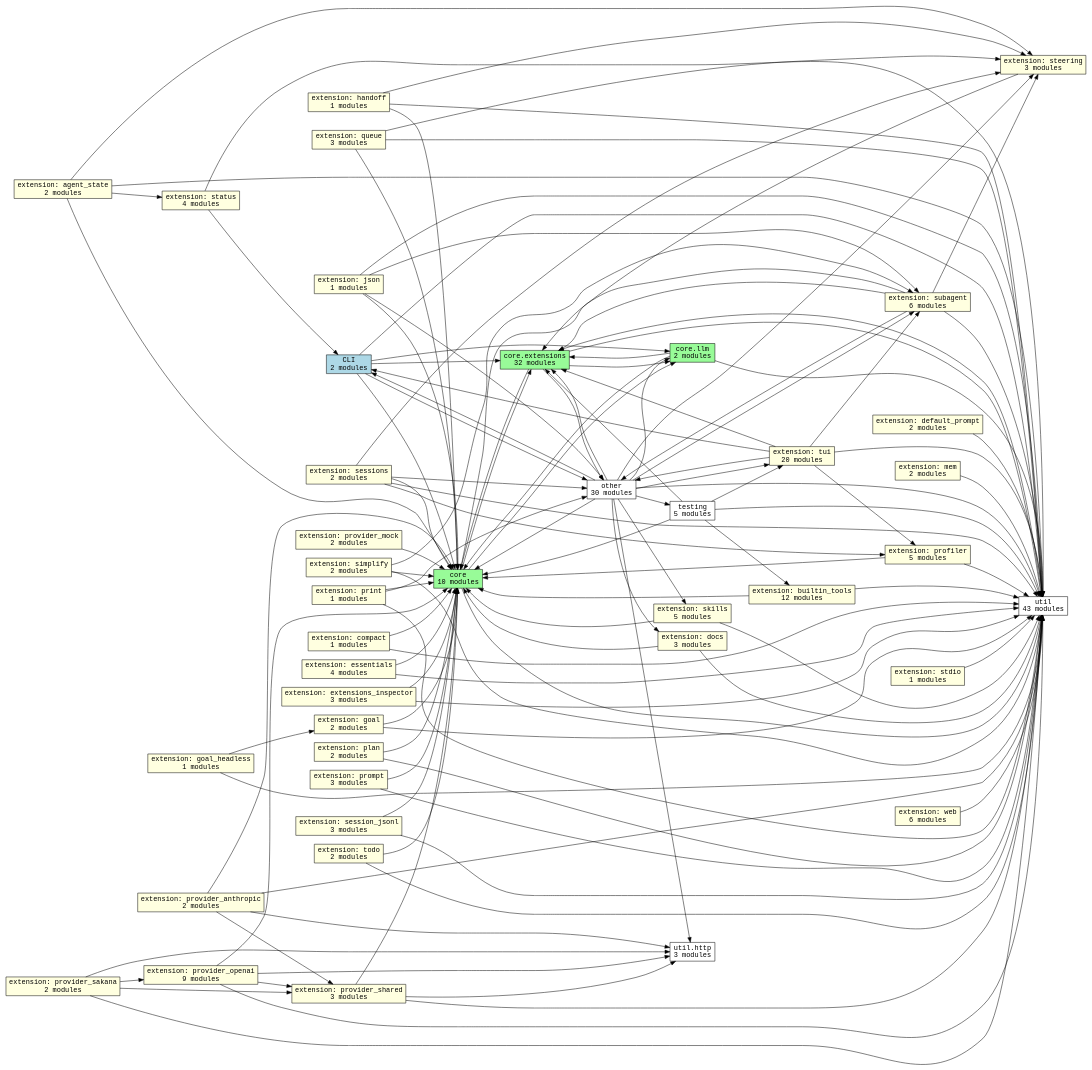
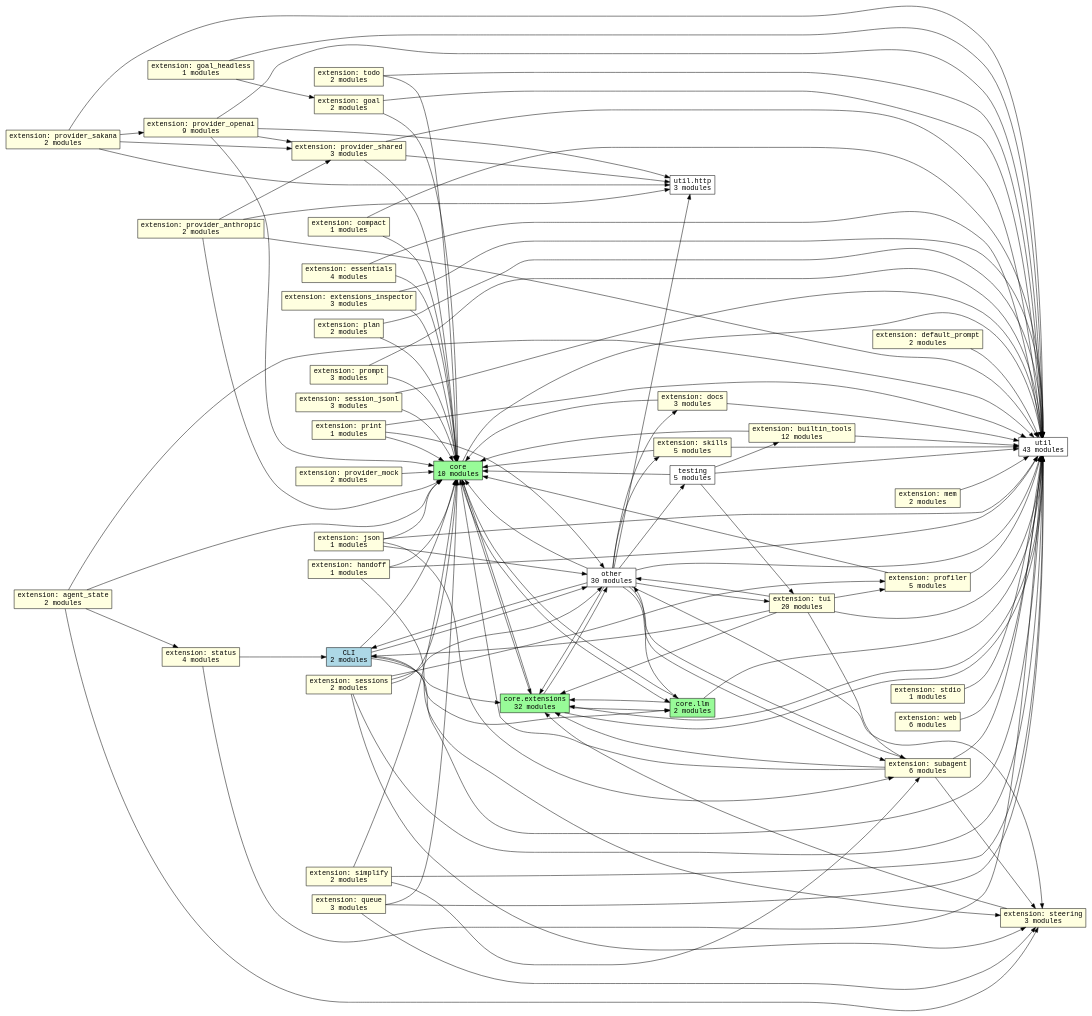
One commit to acmiyaguchi/fen changed the diagram in docs/graphs/subsystems.dot. Above: the diagram before and after it, drawn with Graphviz. The commit also changed 14 other files, not shown here.

First line of the commit message:
test: remove fen.testing.tools extensions mini-facade

```diff
--- a/docs/graphs/subsystems.dot
+++ b/docs/graphs/subsystems.dot
@@ -1,164 +1,163 @@
 digraph fen_subsystems {
   graph [rankdir=LR];
   node [shape=box, fontname="monospace"];
   edge [fontname="monospace"];
   "cli" [fillcolor="lightblue", label="CLI\n2 modules", style="filled"];
   "core" [fillcolor="palegreen", label="core\n10 modules", style="filled"];
   "core.extensions" [fillcolor="palegreen", label="core.extensions\n32 modules", style="filled"];
   "core.llm" [fillcolor="palegreen", label="core.llm\n2 modules", style="filled"];
   "extension.agent_state" [fillcolor="lightyellow", label="extension: agent_state\n2 modules", style="filled"];
   "extension.builtin_tools" [fillcolor="lightyellow", label="extension: builtin_tools\n12 modules", style="filled"];
   "extension.compact" [fillcolor="lightyellow", label="extension: compact\n1 modules", style="filled"];
   "extension.default_prompt" [fillcolor="lightyellow", label="extension: default_prompt\n2 modules", style="filled"];
   "extension.docs" [fillcolor="lightyellow", label="extension: docs\n3 modules", style="filled"];
   "extension.essentials" [fillcolor="lightyellow", label="extension: essentials\n4 modules", style="filled"];
   "extension.extensions_inspector" [fillcolor="lightyellow", label="extension: extensions_inspector\n3 modules", style="filled"];
   "extension.goal" [fillcolor="lightyellow", label="extension: goal\n2 modules", style="filled"];
   "extension.goal_headless" [fillcolor="lightyellow", label="extension: goal_headless\n1 modules", style="filled"];
   "extension.handoff" [fillcolor="lightyellow", label="extension: handoff\n1 modules", style="filled"];
   "extension.json" [fillcolor="lightyellow", label="extension: json\n1 modules", style="filled"];
   "extension.mem" [fillcolor="lightyellow", label="extension: mem\n2 modules", style="filled"];
   "extension.plan" [fillcolor="lightyellow", label="extension: plan\n2 modules", style="filled"];
   "extension.print" [fillcolor="lightyellow", label="extension: print\n1 modules", style="filled"];
   "extension.profiler" [fillcolor="lightyellow", label="extension: profiler\n5 modules", style="filled"];
   "extension.prompt" [fillcolor="lightyellow", label="extension: prompt\n3 modules", style="filled"];
   "extension.provider_anthropic" [fillcolor="lightyellow", label="extension: provider_anthropic\n2 modules", style="filled"];
   "extension.provider_mock" [fillcolor="lightyellow", label="extension: provider_mock\n2 modules", style="filled"];
   "extension.provider_openai" [fillcolor="lightyellow", label="extension: provider_openai\n9 modules", style="filled"];
   "extension.provider_sakana" [fillcolor="lightyellow", label="extension: provider_sakana\n2 modules", style="filled"];
   "extension.provider_shared" [fillcolor="lightyellow", label="extension: provider_shared\n3 modules", style="filled"];
   "extension.queue" [fillcolor="lightyellow", label="extension: queue\n3 modules", style="filled"];
   "extension.session_jsonl" [fillcolor="lightyellow", label="extension: session_jsonl\n3 modules", style="filled"];
   "extension.sessions" [fillcolor="lightyellow", label="extension: sessions\n2 modules", style="filled"];
   "extension.simplify" [fillcolor="lightyellow", label="extension: simplify\n2 modules", style="filled"];
   "extension.skills" [fillcolor="lightyellow", label="extension: skills\n5 modules", style="filled"];
   "extension.status" [fillcolor="lightyellow", label="extension: status\n4 modules", style="filled"];
   "extension.stdio" [fillcolor="lightyellow", label="extension: stdio\n1 modules", style="filled"];
   "extension.steering" [fillcolor="lightyellow", label="extension: steering\n3 modules", style="filled"];
   "extension.subagent" [fillcolor="lightyellow", label="extension: subagent\n6 modules", style="filled"];
   "extension.todo" [fillcolor="lightyellow", label="extension: todo\n2 modules", style="filled"];
   "extension.tui" [fillcolor="lightyellow", label="extension: tui\n20 modules", style="filled"];
   "extension.web" [fillcolor="lightyellow", label="extension: web\n6 modules", style="filled"];
   "other" [fillcolor="white", label="other\n30 modules", style="filled"];
   "testing" [fillcolor="white", label="testing\n5 modules", style="filled"];
   "util" [fillcolor="white", label="util\n43 modules", style="filled"];
   "util.http" [fillcolor="white", label="util.http\n3 modules", style="filled"];
   "cli" -> "core";
   "cli" -> "core.extensions";
   "cli" -> "core.llm";
   "cli" -> "other";
   "cli" -> "util";
   "core" -> "core.extensions";
   "core" -> "core.llm";
   "core" -> "util";
   "core.extensions" -> "core";
   "core.extensions" -> "core.llm";
   "core.extensions" -> "other";
   "core.extensions" -> "util";
   "core.llm" -> "core";
   "core.llm" -> "core.extensions";
   "core.llm" -> "util";
   "extension.agent_state" -> "core";
   "extension.agent_state" -> "extension.status";
   "extension.agent_state" -> "extension.steering";
   "extension.agent_state" -> "util";
   "extension.builtin_tools" -> "core";
   "extension.builtin_tools" -> "util";
   "extension.compact" -> "core";
   "extension.compact" -> "util";
   "extension.default_prompt" -> "util";
   "extension.docs" -> "core";
   "extension.docs" -> "util";
   "extension.essentials" -> "core";
   "extension.essentials" -> "util";
   "extension.extensions_inspector" -> "core";
   "extension.extensions_inspector" -> "util";
   "extension.goal" -> "core";
   "extension.goal" -> "util";
   "extension.goal_headless" -> "extension.goal";
   "extension.goal_headless" -> "util";
   "extension.handoff" -> "core";
   "extension.handoff" -> "extension.steering";
   "extension.handoff" -> "util";
   "extension.json" -> "core";
   "extension.json" -> "extension.subagent";
   "extension.json" -> "other";
   "extension.json" -> "util";
   "extension.mem" -> "util";
   "extension.plan" -> "core";
   "extension.plan" -> "util";
   "extension.print" -> "core";
   "extension.print" -> "other";
   "extension.print" -> "util";
   "extension.profiler" -> "core";
   "extension.profiler" -> "util";
   "extension.prompt" -> "core";
   "extension.prompt" -> "util";
   "extension.provider_anthropic" -> "core";
   "extension.provider_anthropic" -> "extension.provider_shared";
   "extension.provider_anthropic" -> "util";
   "extension.provider_anthropic" -> "util.http";
   "extension.provider_mock" -> "core";
   "extension.provider_openai" -> "core";
   "extension.provider_openai" -> "extension.provider_shared";
   "extension.provider_openai" -> "util";
   "extension.provider_openai" -> "util.http";
   "extension.provider_sakana" -> "extension.provider_openai";
   "extension.provider_sakana" -> "extension.provider_shared";
   "extension.provider_sakana" -> "util";
   "extension.provider_sakana" -> "util.http";
   "extension.provider_shared" -> "core";
   "extension.provider_shared" -> "util";
   "extension.provider_shared" -> "util.http";
   "extension.queue" -> "core";
   "extension.queue" -> "extension.steering";
   "extension.queue" -> "util";
   "extension.session_jsonl" -> "core";
   "extension.session_jsonl" -> "util";
   "extension.sessions" -> "core";
   "extension.sessions" -> "extension.profiler";
   "extension.sessions" -> "extension.steering";
   "extension.sessions" -> "other";
   "extension.sessions" -> "util";
   "extension.simplify" -> "core";
   "extension.simplify" -> "extension.subagent";
   "extension.simplify" -> "util";
   "extension.skills" -> "core";
   "extension.skills" -> "util";
   "extension.status" -> "cli";
   "extension.status" -> "util";
   "extension.stdio" -> "util";
   "extension.steering" -> "core.extensions";
   "extension.subagent" -> "core";
   "extension.subagent" -> "core.extensions";
   "extension.subagent" -> "extension.steering";
   "extension.subagent" -> "other";
   "extension.subagent" -> "util";
   "extension.todo" -> "core";
   "extension.todo" -> "util";
   "extension.tui" -> "cli";
   "extension.tui" -> "core.extensions";
   "extension.tui" -> "extension.profiler";
   "extension.tui" -> "extension.subagent";
   "extension.tui" -> "other";
   "extension.tui" -> "util";
   "extension.web" -> "util";
   "other" -> "cli";
   "other" -> "core";
   "other" -> "core.extensions";
   "other" -> "core.llm";
   "other" -> "extension.docs";
   "other" -> "extension.skills";
   "other" -> "extension.steering";
   "other" -> "extension.subagent";
   "other" -> "extension.tui";
   "other" -> "testing";
   "other" -> "util";
   "other" -> "util.http";
   "testing" -> "core";
-  "testing" -> "core.extensions";
   "testing" -> "extension.builtin_tools";
   "testing" -> "extension.tui";
   "testing" -> "util";
   "util" -> "core.extensions";
 }
```
